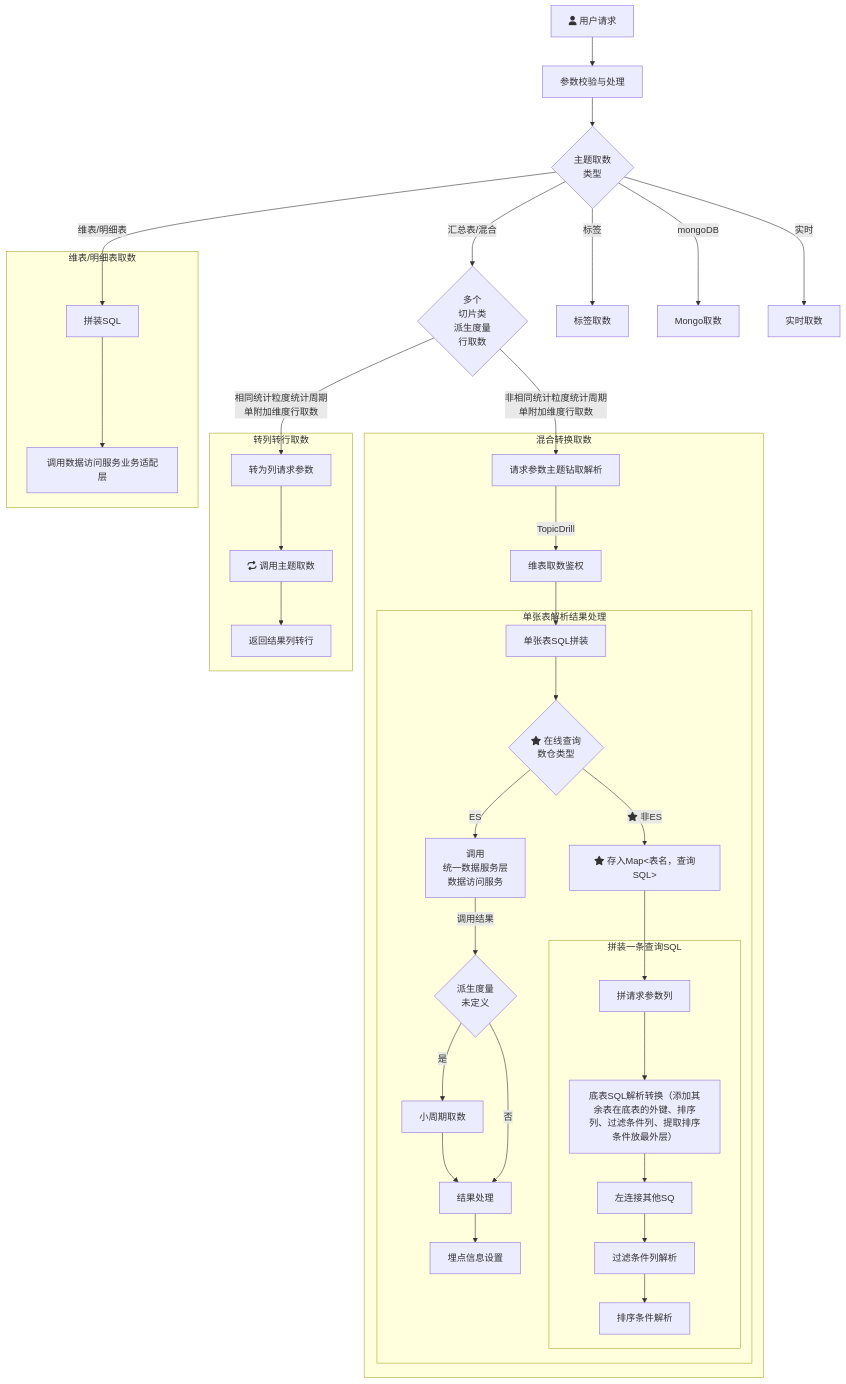
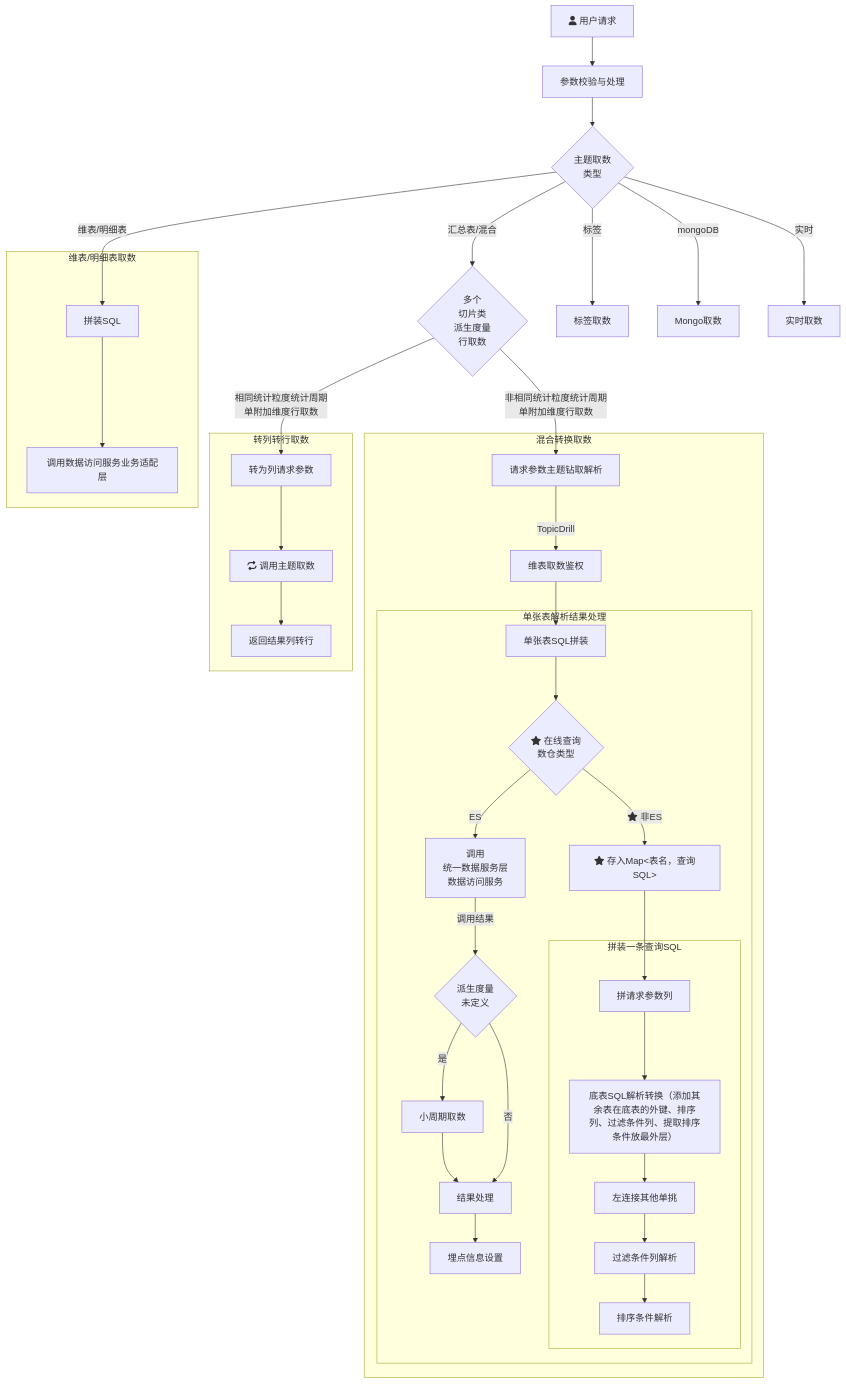
Before and after one commit to yanglosm/iodraw-files: the diagram in all/未命名.md, drawn with Mermaid.

Commit message:
2024-11-29 19:39:34 update

````diff
--- a/all/未命名.md
+++ b/all/未命名.md
@@ -1,30 +1,30 @@
 ```mermaid
 flowchart TD
     A[fa:fa-user 用户请求] -->A1[参数校验与处理] --> B{主题取数\n类型}
     B -->|维表/明细表| D[拼装SQL]
     B -->|汇总表/混合| E{多个\n切片类\n派生度量\n行取数}
     B -->|标签| F[标签取数]
     B -->|mongoDB| G[Mongo取数]
     B -->|实时| H[实时取数]
     E -->|相同统计粒度统计周期\n单附加维度行取数| E1[转为列请求参数]
     E -->|非相同统计粒度统计周期\n单附加维度行取数| T1[请求参数主题钻取解析]
     subgraph 维表/明细表取数
     D-->D1[调用数据访问服务业务适配层]
     end
     subgraph 转列转行取数
     E1-->E11[fa:fa-repeat 调用主题取数]-->E12[返回结果列转行]
     end
     subgraph 混合转换取数
     T1-->|TopicDrill| T2[维表取数鉴权] --> T31[单张表SQL拼装]
         subgraph 单张表解析结果处理
         T31 --> T4{fa:fa-star 在线查询\n数仓类型}-->|ES|T32[调用\n统一数据服务层\n数据访问服务] --> |调用结果|T33{派生度量\n未定义}
         T33 --> |是|T33_1[小周期取数]-->T34[结果处理]-->T35[埋点信息设置]
         T33 --> |否|T34
         T4 --> |fa:fa-star 非ES|T41["fa:fa-star 存入Map<表名，查询SQL>"]
         T41 --> T42[拼请求参数列]
             subgraph 拼装一条查询SQL
-            T42 --> M1[底表SQL解析转换（添加其余表在底表的外键、排序列、过滤条件列、提取排序条件放最外层）] --> M2[左连接其他SQ] --> 过滤条件列解析 --> 排序条件解析
+            T42 --> M1[底表SQL解析转换（添加其余表在底表的外键、排序列、过滤条件列、提取排序条件放最外层）] --> M2[左连接其他单挑] --> 过滤条件列解析 --> 排序条件解析
             end
         end
     end
 ```
````
